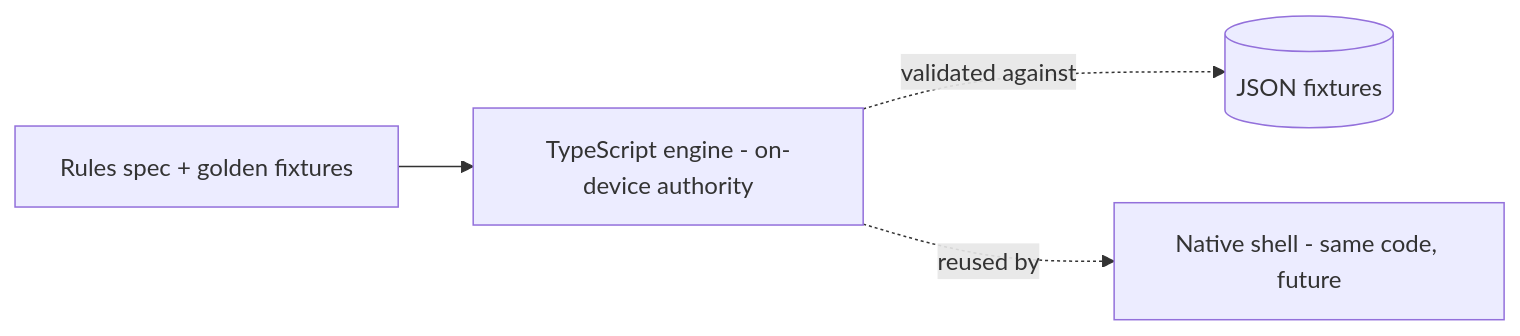
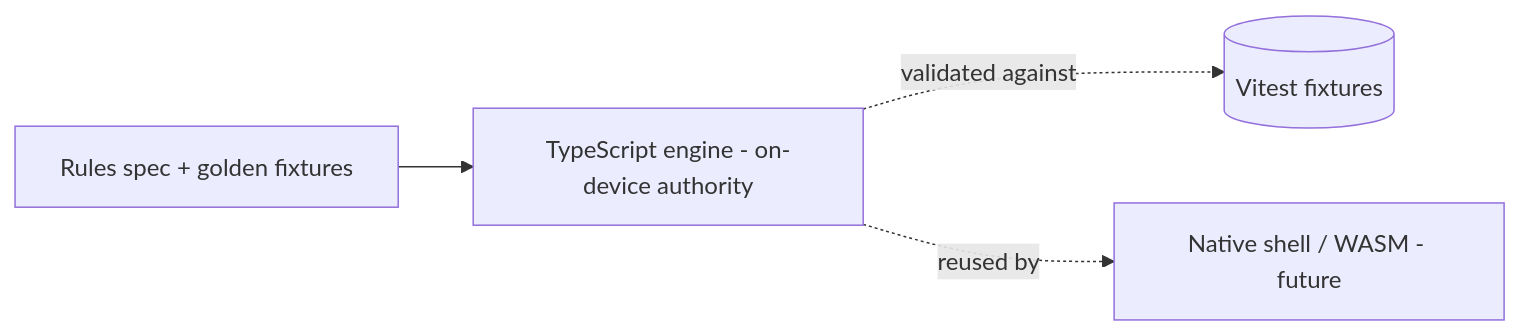
Before and after one commit to levijsbris/Bidding-Box: the third of 14 diagrams in docs/ARCHITECTURE.md, drawn with Mermaid. The commit also changed other lines of this file and 4 other files, not shown here.

First line of the commit message:
Revise architecture docs to as-built; refresh C4 + cloud diagrams

````diff
--- a/docs/ARCHITECTURE.md
+++ b/docs/ARCHITECTURE.md
@@ -92,6 +117,6 @@
 ```mermaid
 flowchart LR
     Spec[Rules spec + golden fixtures] --> TS[TypeScript engine - on-device authority]
-    TS -. validated against .-> Fix[(JSON fixtures)]
-    TS -. reused by .-> Future[Native shell - same code, future]
+    TS -. validated against .-> Fix[(Vitest fixtures)]
+    TS -. reused by .-> Future[Native shell / WASM - future]
 ```
````
